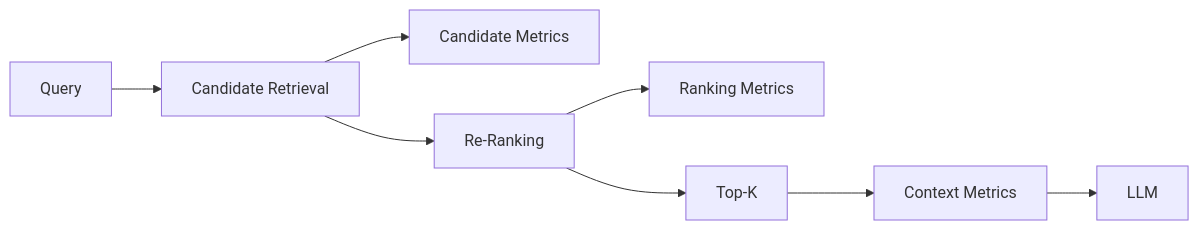
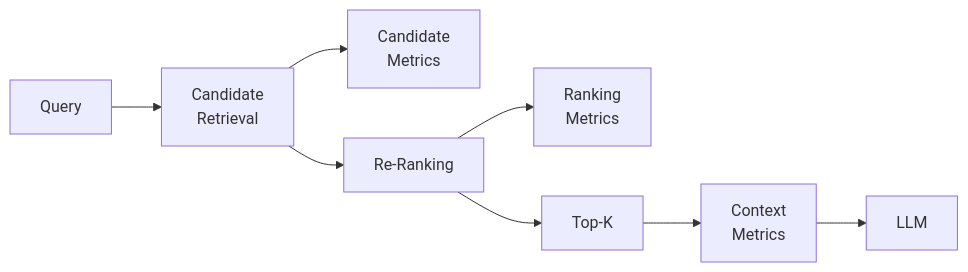
Before and after one commit to MihirKJha/enterprise-ai-blog: the seventh of 10 diagrams in docs/architecture-insights/genai-and-rag/3.5_architecting_multi_stage_retrieval_from_recall_to_precision.md, drawn with Mermaid. The commit also changed other lines of this file and 1 other file, not shown here.

````diff
--- a/docs/architecture-insights/genai-and-rag/3.5_architecting_multi_stage_retrieval_from_recall_to_precision.md
+++ b/docs/architecture-insights/genai-and-rag/3.5_architecting_multi_stage_retrieval_from_recall_to_precision.md
@@ -481,10 +481,10 @@
 ```mermaid
 flowchart LR
-    Q[Query] --> C[Candidate Retrieval]
-    C --> M1[Candidate Metrics]
+    Q[Query] --> C[Candidate<br/>Retrieval]
+    C --> M1[Candidate<br/>Metrics]
     C --> R[Re-Ranking]
-    R --> M2[Ranking Metrics]
+    R --> M2[Ranking<br/>Metrics]
     R --> K[Top-K]
-    K --> M3[Context Metrics]
+    K --> M3[Context<br/>Metrics]
     M3 --> L[LLM]
 ```
````
